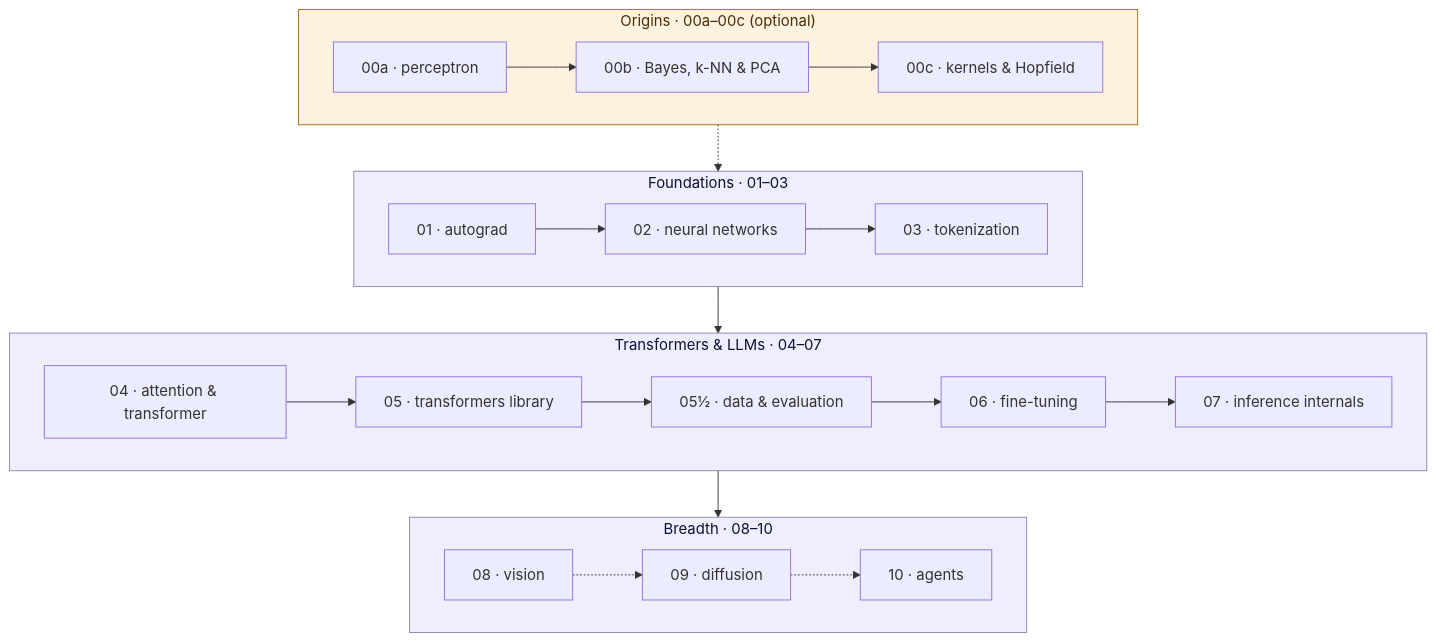
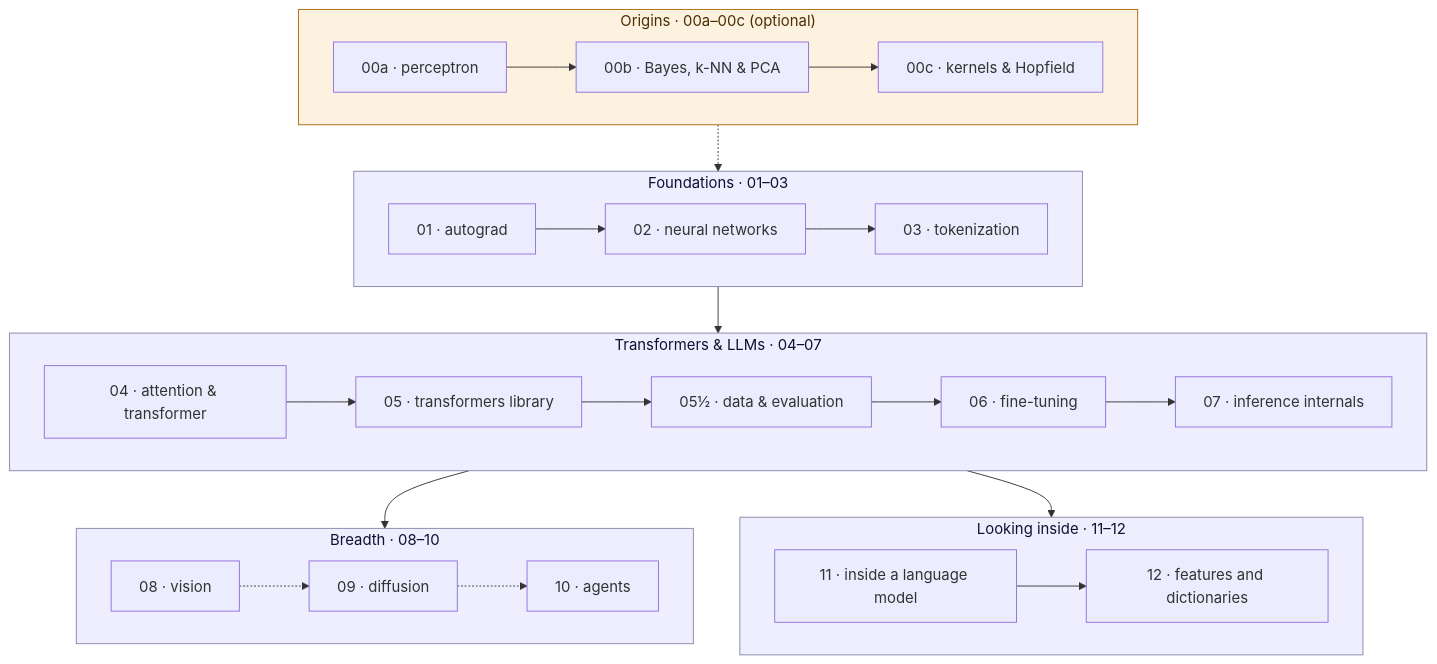
Before and after one commit to wynch/ml-course: the diagram in README.md, drawn with Mermaid. The commit also changed other lines of this file and 96 other files, not shown here.

Commit message:
Publish 2026-10-17: Track t4: modules 11 and 12, looking inside models

````diff
--- a/README.md
+++ b/README.md
@@ -59,25 +59,31 @@
 ```mermaid
 flowchart TD
     subgraph O["Origins · 00a–00c (optional)"]
         M00A["00a · perceptron"] --> M00B["00b · Bayes, k-NN & PCA"] --> M00C["00c · kernels & Hopfield"]
     end
     subgraph F["Foundations · 01–03"]
         M01["01 · autograd"] --> M02["02 · neural networks"] --> M03["03 · tokenization"]
     end
     subgraph T["Transformers & LLMs · 04–07"]
         M04["04 · attention & transformer"] --> M05["05 · transformers library"] --> M05A["05½ · data & evaluation"] --> M06["06 · fine-tuning"] --> M07["07 · inference internals"]
     end
     subgraph B["Breadth · 08–10"]
         M08["08 · vision"]
         M09["09 · diffusion"]
         M10["10 · agents"]
     end
+    subgraph L["Looking inside · 11–12"]
+        M11["11 · inside a language model"]
+        M12["12 · features and dictionaries"]
+    end
     O -.-> F
     F --> T --> B
+    T --> L
     M08 -.-> M09 -.-> M10
+    M11 --> M12
 
     classDef track fill:#eef,stroke:#88a,color:#113;
     classDef origins fill:#fdf2df,stroke:#a86b0e,color:#4a2f05;
-    class F,T,B track;
+    class F,T,B,L track;
     class O origins;
 ```
````
